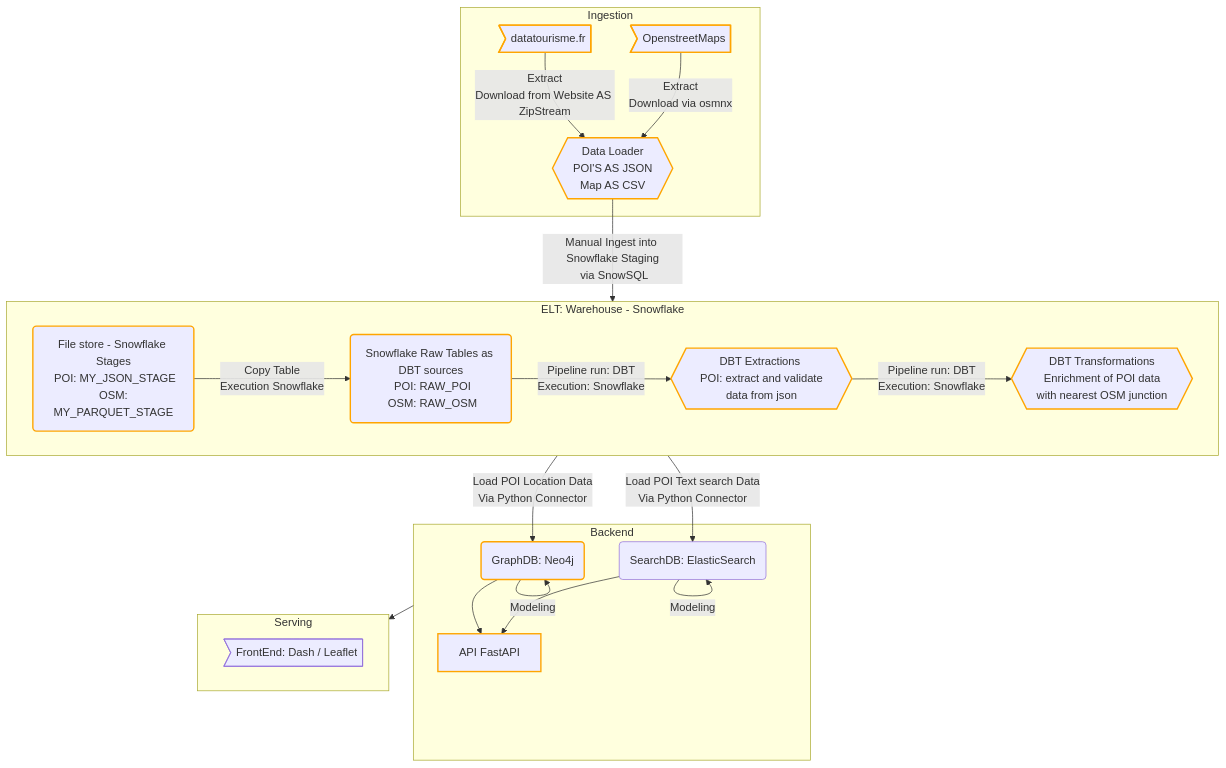
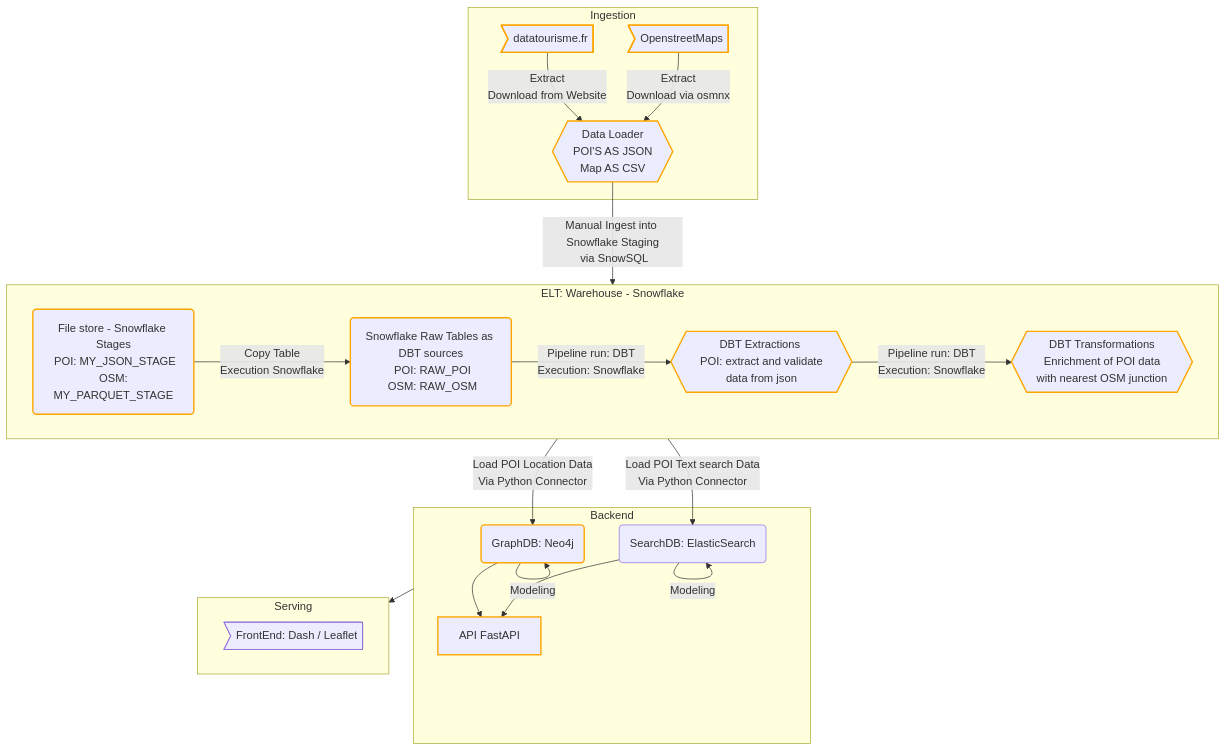
The diagram in README.md (MatthausHaberkorn/de_dbtsnow_poi), drawn with Mermaid before and after one commit. The commit also changed other lines of this file, not shown here.

Commit message:
changed orientation in flowchart

````diff
--- a/README.md
+++ b/README.md
@@ -136,32 +136,32 @@
 ```mermaid
 flowchart TB
     subgraph  id10 [Ingestion]
-        id1>datatourisme.fr]-- Extract\nDownload from Website AS ZipStream --> id2{{Data Loader\nPOI'S AS JSON \n Map AS CSV}}
+        id1>datatourisme.fr]-- Extract\nDownload from Website --> id2{{Data Loader\nPOI'S AS JSON \n Map AS CSV}}
         id3>OpenstreetMaps]-- Extract\n Download via osmnx -->id2
     end
 
     subgraph id14 [ELT: Warehouse - Snowflake]
         id21(File store - Snowflake Stages\n POI: MY_JSON_STAGE\n OSM: MY_PARQUET_STAGE)--Copy Table\nExecution Snowflake-->
         id31(Snowflake Raw Tables as DBT sources\n POI: RAW_POI\n OSM: RAW_OSM)--Pipeline run: DBT\n Execution: Snowflake  -->
         id22{{DBT Extractions \n POI: extract and validate data from json }}--Pipeline run: DBT\n Execution: Snowflake  -->
         id23{{DBT Transformations\n Enrichment of POI data with nearest OSM junction}}
     end
 
     id2 -- Manual Ingest into Snowflake Staging\n via SnowSQL --> id14
     subgraph id12 [Backend]
         id6(GraphDB: Neo4j) --> id7[API FastAPI]
         id8(SearchDB: ElasticSearch) --> id7
     end
 
     id14 -- Load POI Location Data\n Via Python Connector --> id6
     id14 -- Load POI Text search Data\n Via Python Connector  --> id8
     id6 -- Modeling --> id6
     id8 -- Modeling --> id8
     subgraph id13 [Serving]
         id9>FrontEnd: Dash / Leaflet]
     end
     id12 --> id13
 
 classDef myClass stroke:#ffa500,stroke-width:2px;
 class id1,id2,id3,id21,id22,id23,id6,id7,id31 myClass;
 ```
````
